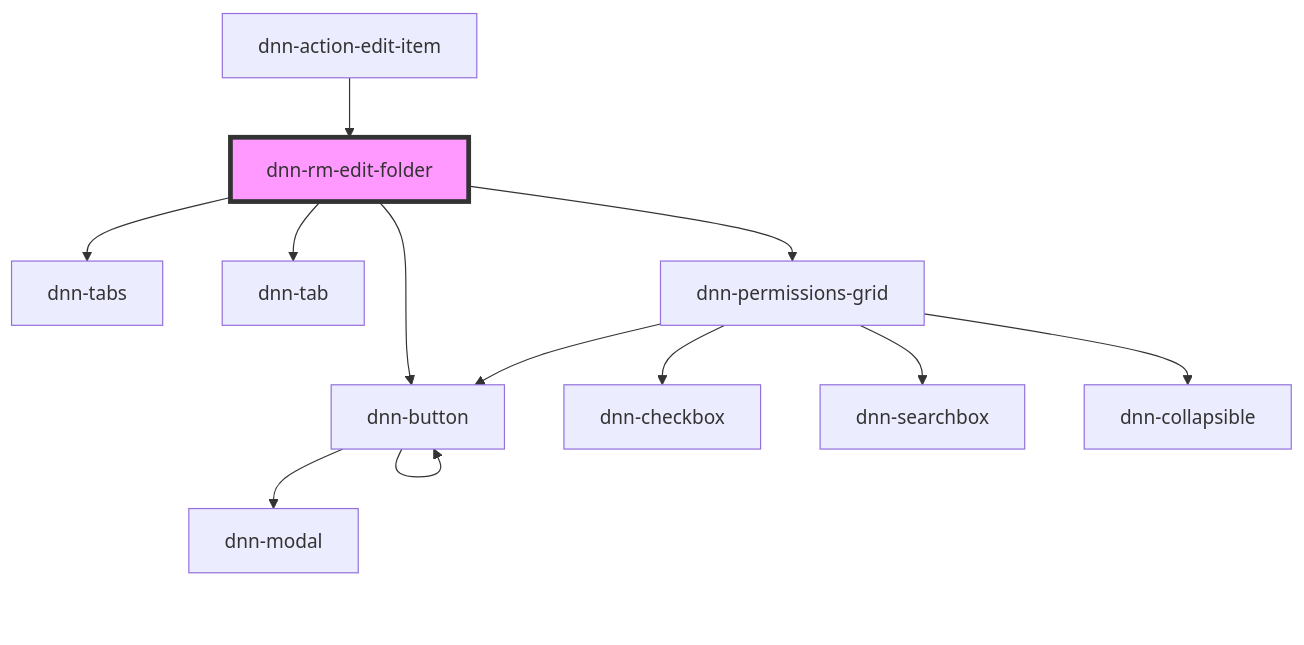
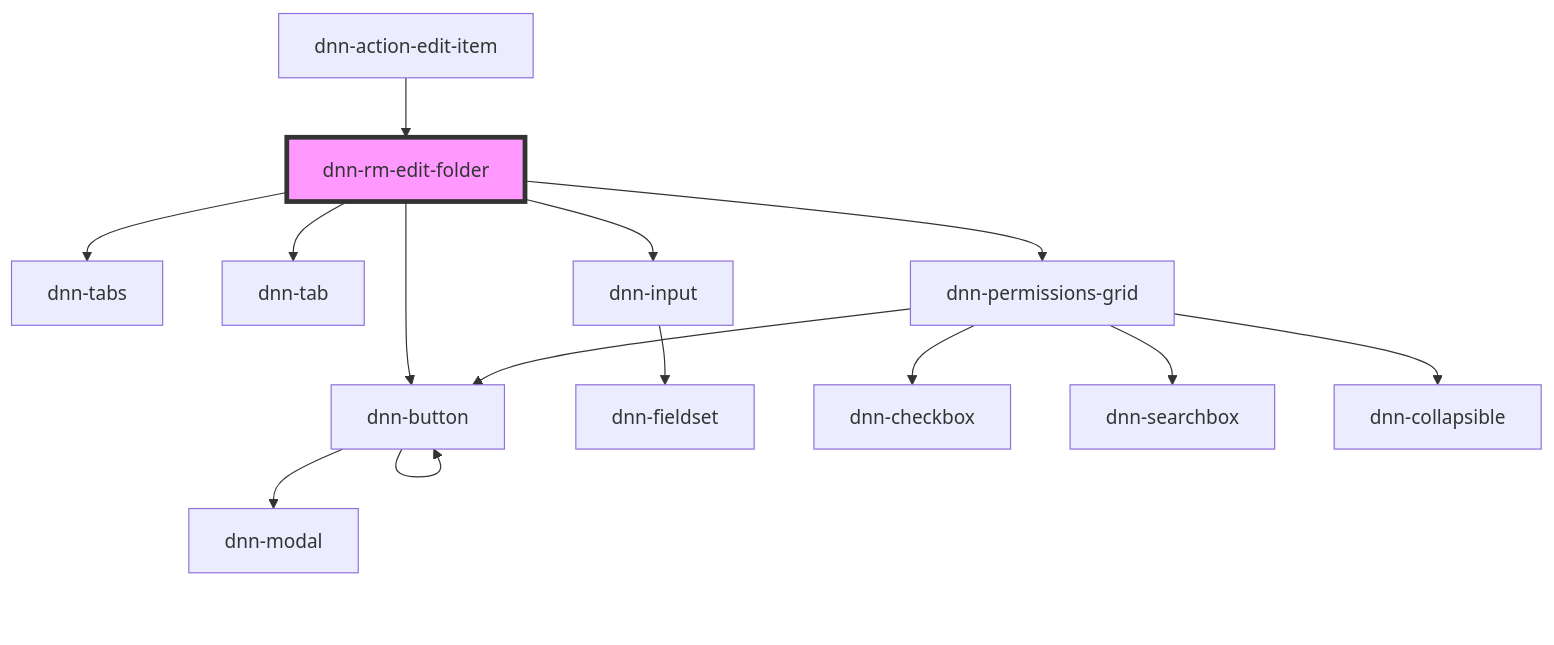
The diagram in DNN Platform/Modules/ResourceManager/ResourceManager.Web/src/components/dnn-rm-edit-folder/readme.md (dnnsoftware/Dnn.Platform), drawn with Mermaid before and after one commit. The commit also changed other lines of this file and 44 other files, not shown here.

````diff
--- a/DNN Platform/Modules/ResourceManager/ResourceManager.Web/src/components/dnn-rm-edit-folder/readme.md
+++ b/DNN Platform/Modules/ResourceManager/ResourceManager.Web/src/components/dnn-rm-edit-folder/readme.md
@@ -36,15 +37,17 @@
 ```mermaid
 graph TD;
   dnn-rm-edit-folder --> dnn-tabs
   dnn-rm-edit-folder --> dnn-tab
+  dnn-rm-edit-folder --> dnn-input
   dnn-rm-edit-folder --> dnn-permissions-grid
   dnn-rm-edit-folder --> dnn-button
+  dnn-input --> dnn-fieldset
   dnn-permissions-grid --> dnn-checkbox
   dnn-permissions-grid --> dnn-button
   dnn-permissions-grid --> dnn-searchbox
   dnn-permissions-grid --> dnn-collapsible
   dnn-button --> dnn-modal
   dnn-button --> dnn-button
   dnn-action-edit-item --> dnn-rm-edit-folder
   style dnn-rm-edit-folder fill:#f9f,stroke:#333,stroke-width:4px
 ```
````
